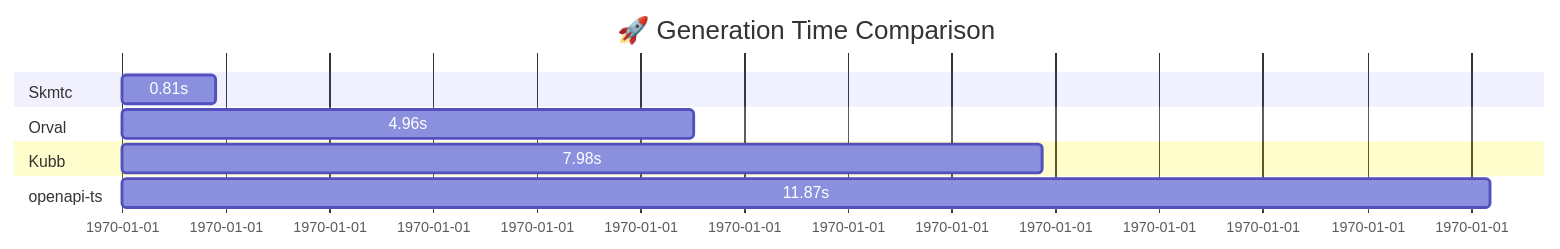
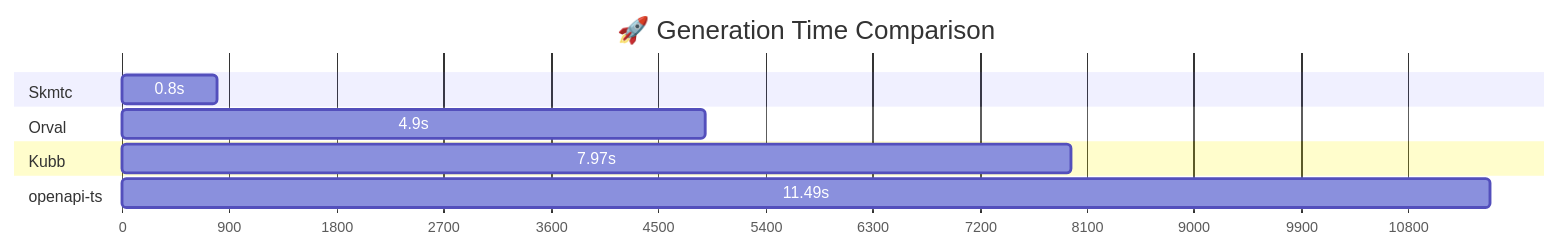
The diagram in README.md (skmtc/openapi-codegen-benchmarks), drawn with Mermaid before and after one commit. The commit also changed other lines of this file and 2 other files, not shown here.

````diff
--- a/README.md
+++ b/README.md
@@ -24,17 +24,18 @@
 ```mermaid
 gantt
     title 🚀 Generation Time Comparison
     dateFormat X
+    axisFormat %s
     
     section Skmtc
-    0.81s :0, 811
+    0.8s :0, 800
     
     section Orval
-    4.96s :0, 4958
+    4.9s :0, 4898
     
     section Kubb
-    7.98s :0, 7979
+    7.97s :0, 7969
     
     section openapi-ts
-    11.87s :0, 11868
+    11.49s :0, 11486
 ```
````
